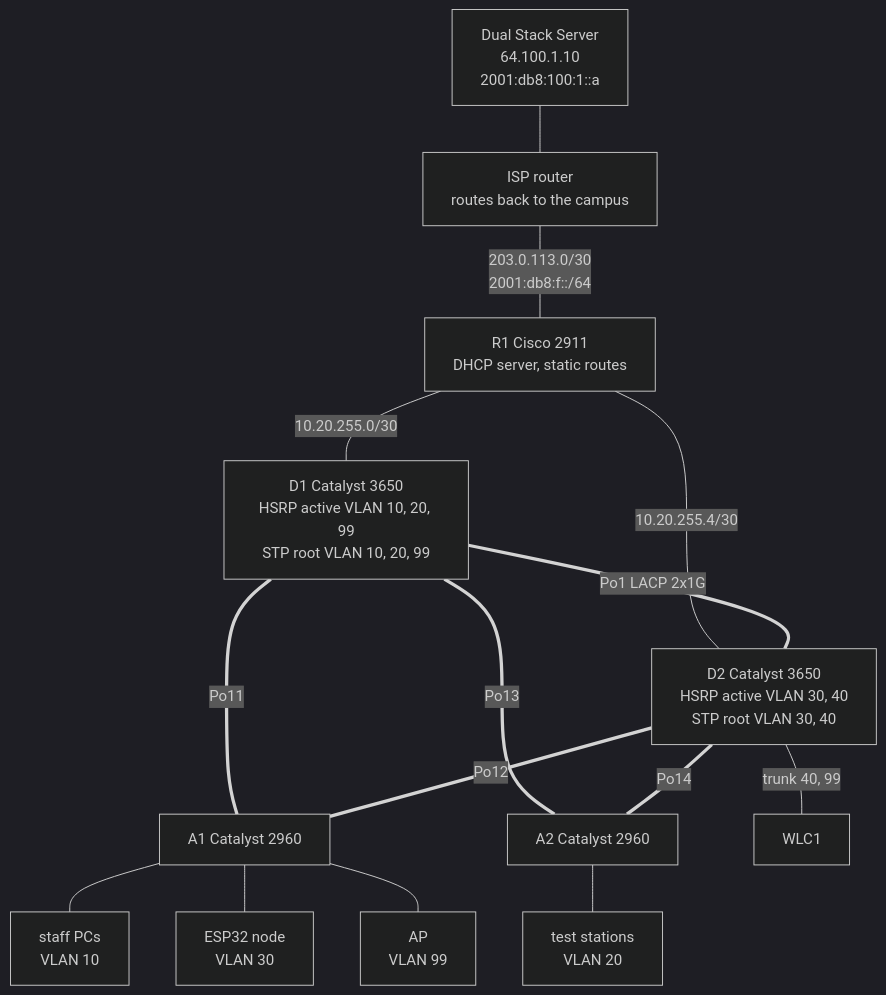
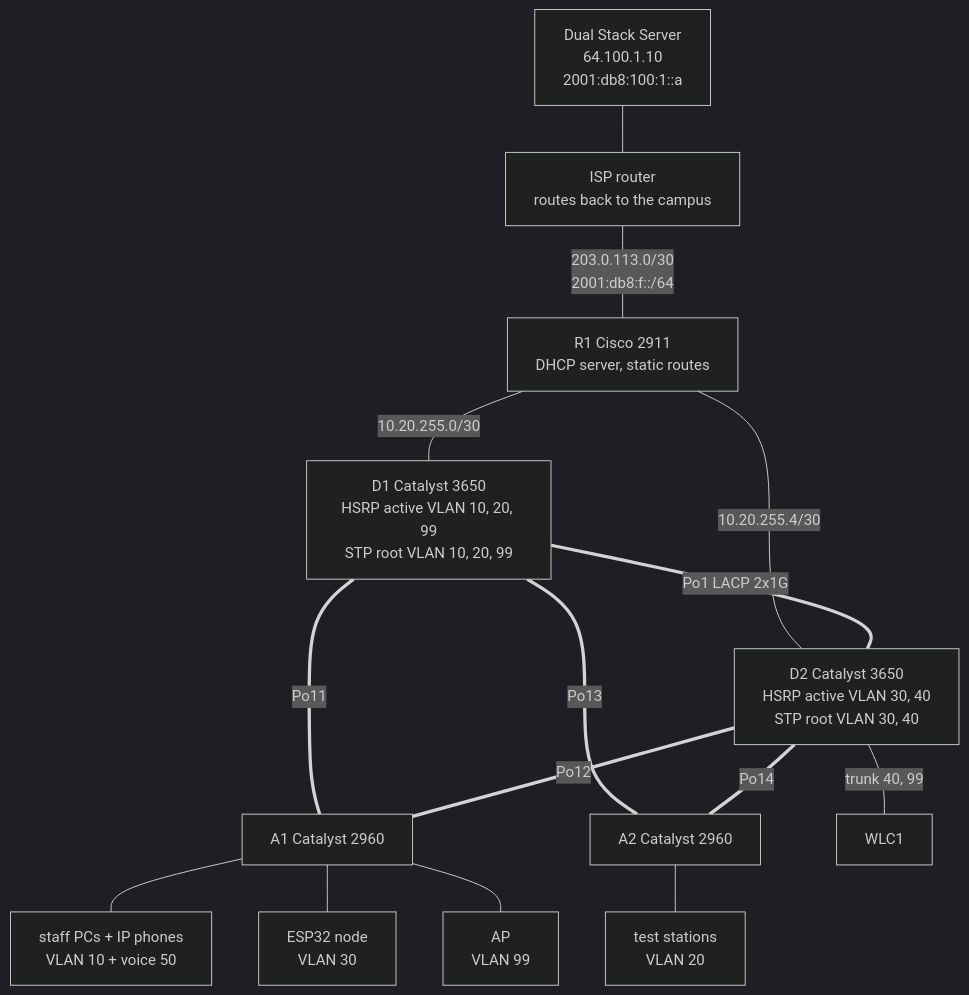
Before and after one commit to HannaBeshoy/ccna-campus-network: the diagram in README.md, drawn with Mermaid (dark theme). The commit also changed other lines of this file and 3 other files, not shown here.

First line of the commit message:
Document the voice VLAN

````diff
--- a/README.md
+++ b/README.md
@@ -21,17 +21,17 @@
 ```mermaid
 flowchart TB
     SRV[Dual Stack Server<br/>64.100.1.10<br/>2001:db8:100:1::a] --- ISP[ISP router<br/>routes back to the campus]
     ISP ---|"203.0.113.0/30<br/>2001:db8:f::/64"| R1[R1 Cisco 2911<br/>DHCP server, static routes]
     R1 ---|"10.20.255.0/30"| D1[D1 Catalyst 3650<br/>HSRP active VLAN 10, 20, 99<br/>STP root VLAN 10, 20, 99]
     R1 ---|"10.20.255.4/30"| D2[D2 Catalyst 3650<br/>HSRP active VLAN 30, 40<br/>STP root VLAN 30, 40]
     D1 ===|"Po1 LACP 2x1G"| D2
     D1 ===|Po11| A1[A1 Catalyst 2960]
     D2 ===|Po12| A1
     D1 ===|Po13| A2[A2 Catalyst 2960]
     D2 ===|Po14| A2
     D2 ---|trunk 40, 99| WLC[WLC1]
-    A1 --- PC1[staff PCs<br/>VLAN 10]
+    A1 --- PC1[staff PCs + IP phones<br/>VLAN 10 + voice 50]
     A1 --- ESP[ESP32 node<br/>VLAN 30]
     A1 --- AP[AP<br/>VLAN 99]
     A2 --- TS[test stations<br/>VLAN 20]
 ```
````
